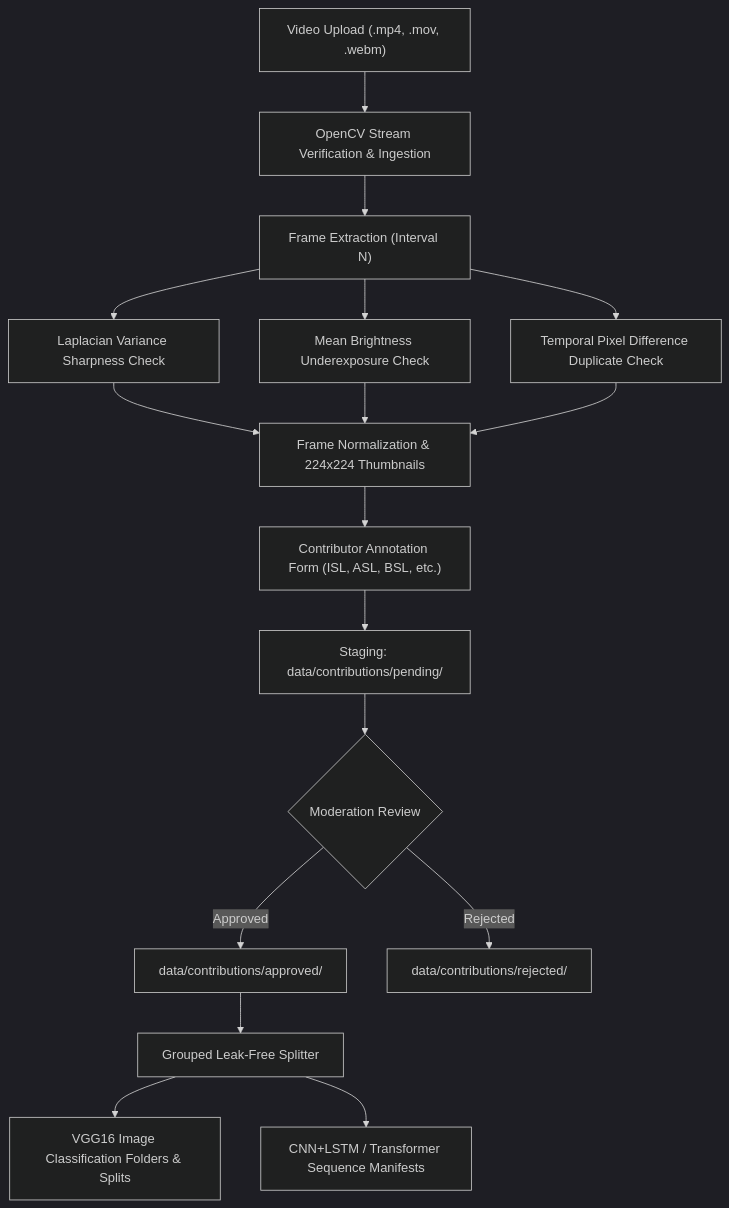
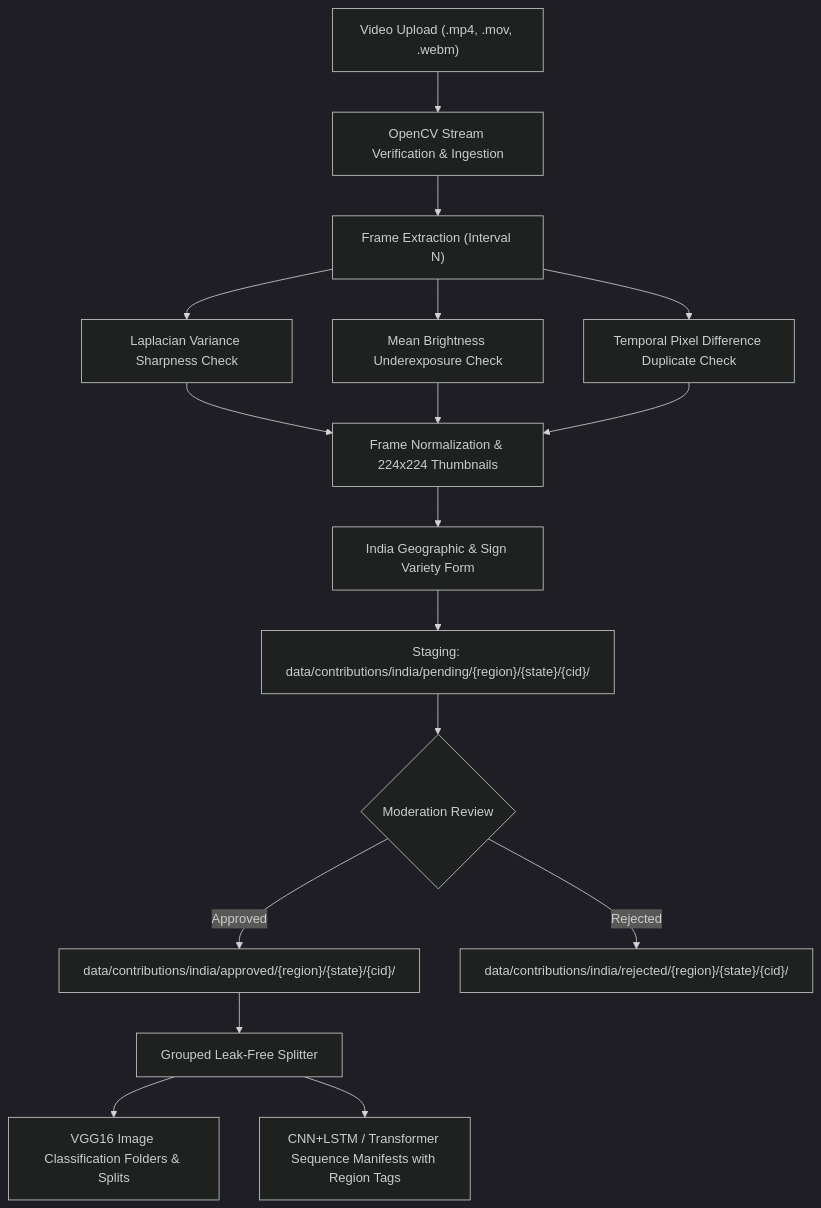
The diagram in docs/contributions.md (kanishkkumarsingh2004/GESTURA), drawn with Mermaid (dark theme) before and after one commit. The commit also changed other lines of this file and 10 other files, not shown here.

````diff
--- a/docs/contributions.md
+++ b/docs/contributions.md
@@ -9,17 +10,17 @@
 ```mermaid
 flowchart TD
     A["Video Upload (.mp4, .mov, .webm)"] --> B["OpenCV Stream Verification & Ingestion"]
     B --> C["Frame Extraction (Interval N)"]
     C --> D1["Laplacian Variance Sharpness Check"]
     C --> D2["Mean Brightness Underexposure Check"]
     C --> D3["Temporal Pixel Difference Duplicate Check"]
     D1 & D2 & D3 --> E["Frame Normalization & 224x224 Thumbnails"]
-    E --> F["Contributor Annotation Form (ISL, ASL, BSL, etc.)"]
-    F --> G["Staging: data/contributions/pending/"]
+    E --> F["India Geographic & Sign Variety Form"]
+    F --> G["Staging: data/contributions/india/pending/{region}/{state}/{cid}/"]
     G --> H{"Moderation Review"}
-    H -->|Approved| I["data/contributions/approved/"]
-    H -->|Rejected| J["data/contributions/rejected/"]
+    H -->|Approved| I["data/contributions/india/approved/{region}/{state}/{cid}/"]
+    H -->|Rejected| J["data/contributions/india/rejected/{region}/{state}/{cid}/"]
     I --> K["Grouped Leak-Free Splitter"]
     K --> L1["VGG16 Image Classification Folders & Splits"]
-    K --> L2["CNN+LSTM / Transformer Sequence Manifests"]
+    K --> L2["CNN+LSTM / Transformer Sequence Manifests with Region Tags"]
 ```
````
